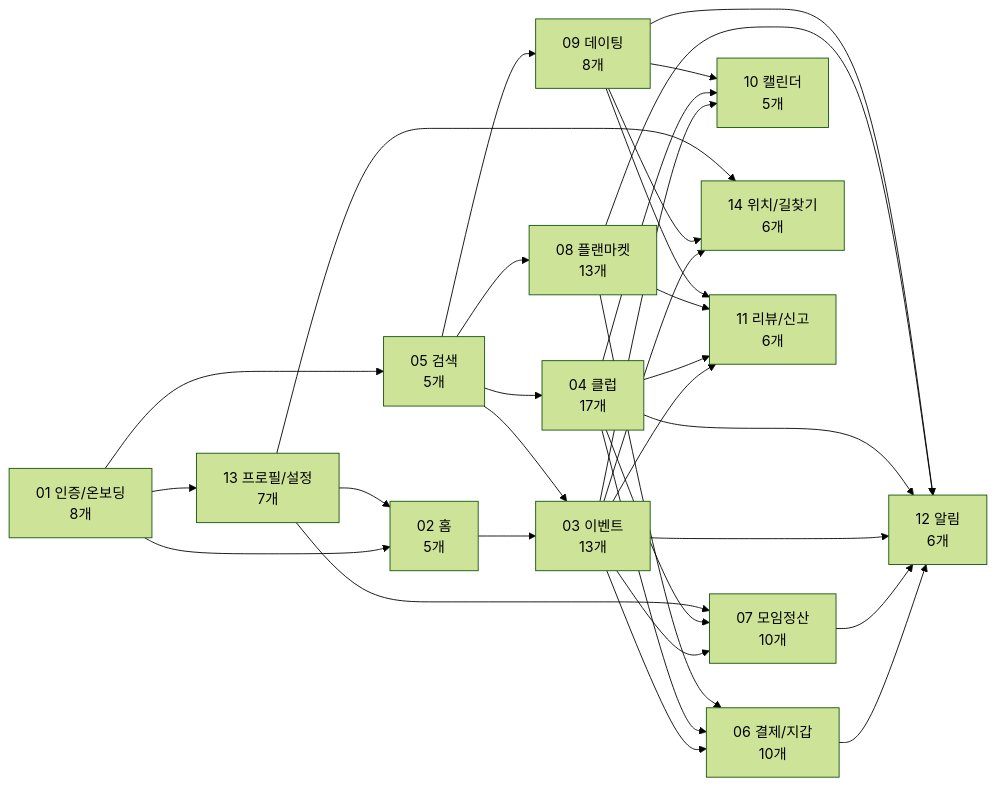
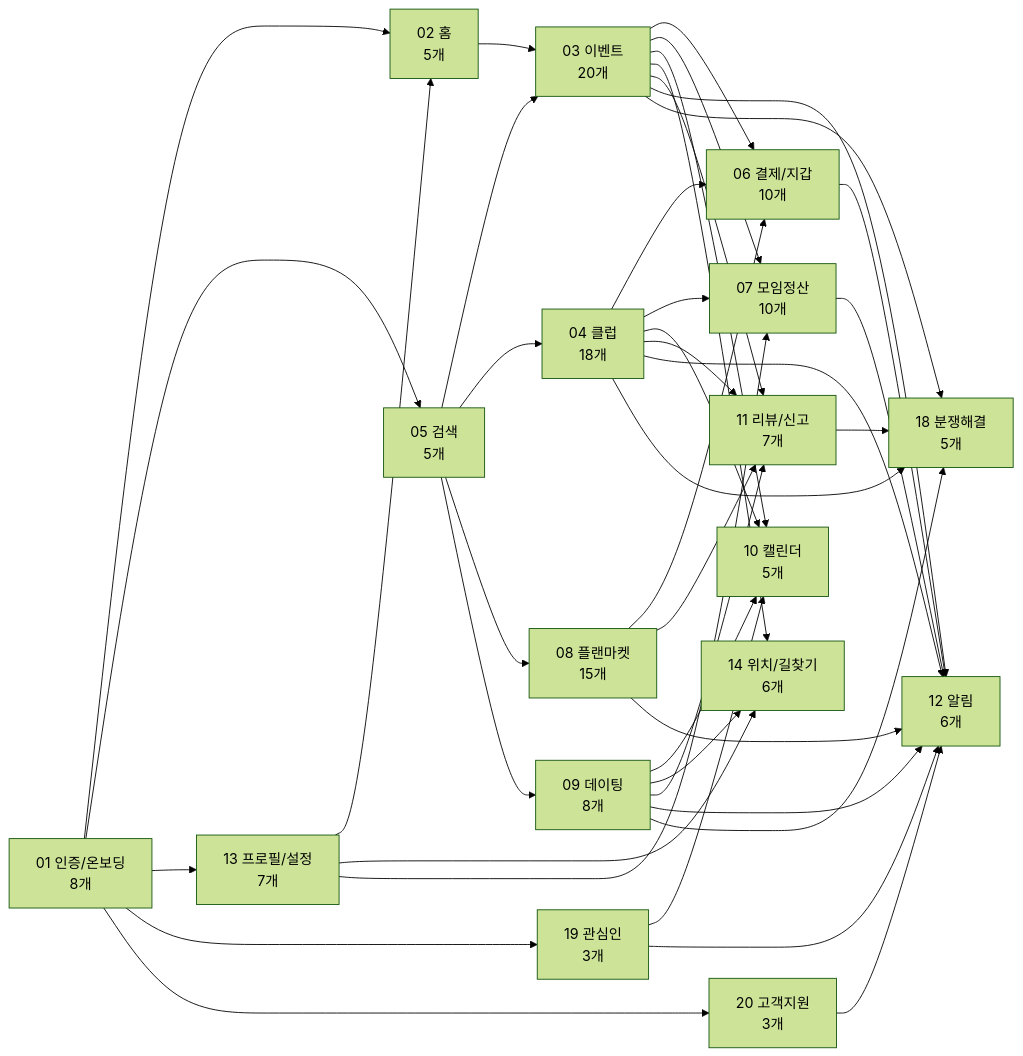
Before and after one commit to endside82/business_logic: the first of 8 diagrams in prd/00_product_prd.md, drawn with Mermaid (forest theme). The commit also changed other lines of this file and 149 other files, not shown here.

First line of the commit message:
docs(prd,catalog): 2026-06-05 소스 동기화 — 분쟁 해결 v3·관심인·고객지원 도메인 신설 (도메인 17→20, 기능 153→168)

````diff
--- a/prd/00_product_prd.md
+++ b/prd/00_product_prd.md
@@ -43,34 +44,43 @@
 ```mermaid
 flowchart LR
     A["01 인증/온보딩<br/>8개"] --> B["02 홈<br/>5개"]
     A --> C["05 검색<br/>5개"]
-    B --> D["03 이벤트<br/>13개"]
+    B --> D["03 이벤트<br/>20개"]
     C --> D
-    C --> E["04 클럽<br/>17개"]
-    C --> F["08 플랜마켓<br/>13개"]
+    C --> E["04 클럽<br/>18개"]
+    C --> F["08 플랜마켓<br/>15개"]
     C --> G["09 데이팅<br/>8개"]
     D --> H["06 결제/지갑<br/>10개"]
     D --> I["07 모임정산<br/>10개"]
     E --> H
     E --> I
     F --> H
     D --> J["10 캘린더<br/>5개"]
     E --> J
     G --> J
     D --> K["14 위치/길찾기<br/>6개"]
     G --> K
-    D --> L["11 리뷰/신고<br/>6개"]
+    D --> L["11 리뷰/신고<br/>7개"]
     E --> L
     F --> L
     G --> L
     H --> M["12 알림<br/>6개"]
     I --> M
     D --> M
     E --> M
     F --> M
     G --> M
     A --> N["13 프로필/설정<br/>7개"]
     N --> B
     N --> K
     N --> I
+    D --> O["18 분쟁해결<br/>5개"]
+    E --> O
+    G --> O
+    L --> O
+    A --> P["19 관심인<br/>3개"]
+    P --> J
+    P --> M
+    A --> Q["20 고객지원<br/>3개"]
+    Q --> M
 ```
````
